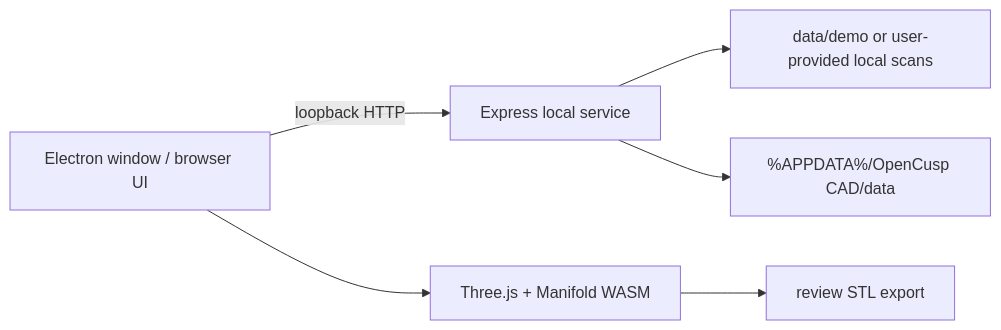
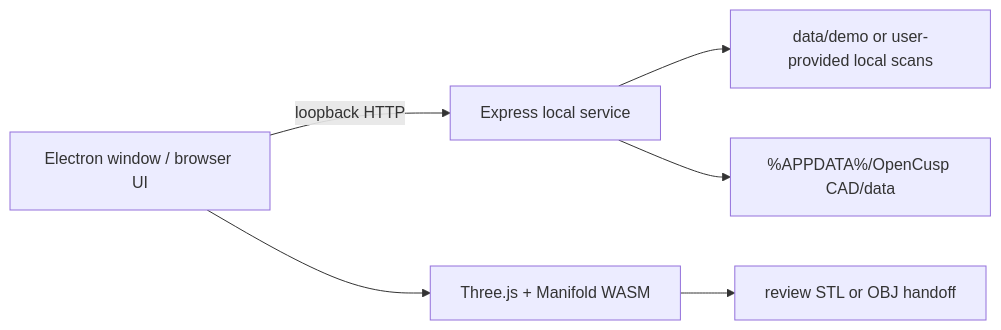
Before and after one commit to minagayid/OpenCuspCAD: the diagram in docs/ARCHITECTURE.md, drawn with Mermaid. The commit also changed other lines of this file and 13 other files, not shown here.

````diff
--- a/docs/ARCHITECTURE.md
+++ b/docs/ARCHITECTURE.md
@@ -5,8 +5,8 @@
 ```mermaid
 flowchart LR
   UI[Electron window / browser UI] -->|loopback HTTP| API[Express local service]
   UI --> GEO[Three.js + Manifold WASM]
   API --> SCANS[data/demo or user-provided local scans]
   API --> USER[%APPDATA%/OpenCusp CAD/data]
-  GEO --> STL[review STL export]
+  GEO --> STL[review STL or OBJ handoff]
 ```
````
